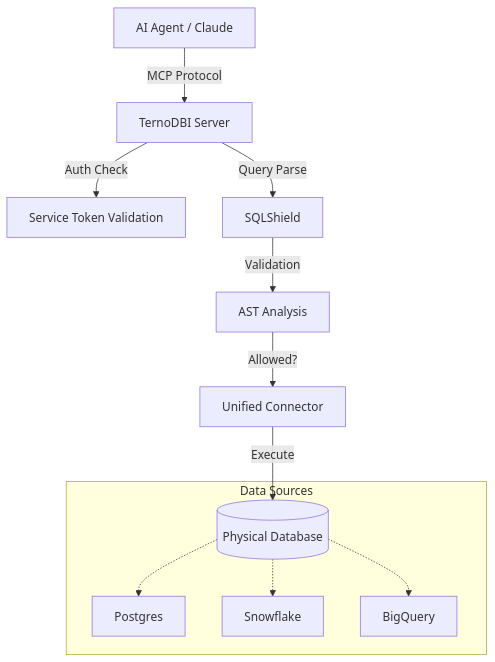
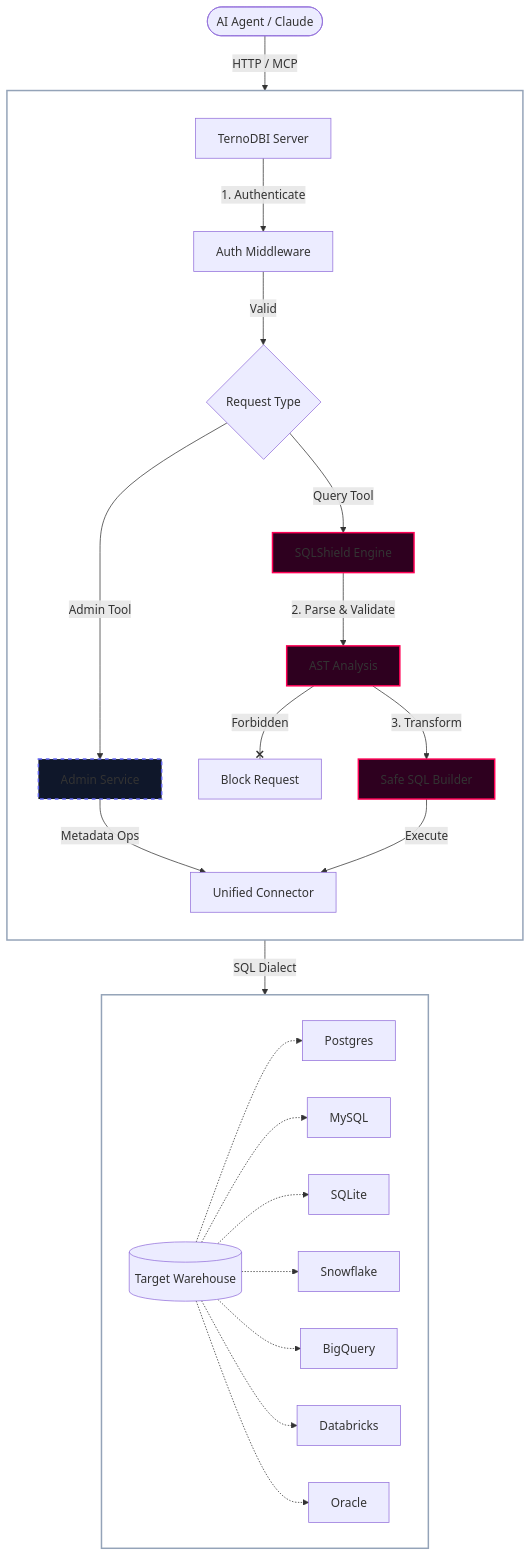
Before and after one commit to terno-ai/ternodbi: the diagram in docs/architecture.md, drawn with Mermaid. The commit also changed other lines of this file and 2 other files, not shown here.

Commit message:
refactor: Update architecture and security documentation; enhance CSS for code blocks and cards

````diff
--- a/docs/architecture.md
+++ b/docs/architecture.md
@@ -7,15 +7,43 @@
 ```mermaid
 graph TD
-    Agent[AI Agent / Claude] -->|MCP Protocol| DBI[TernoDBI Server]
-    DBI -->|Auth Check| Token[Service Token Validation]
-    DBI -->|Query Parse| Shield[SQLShield]
-    Shield -->|Validation| AST[AST Analysis]
-    AST -->|Allowed?| Connector[Unified Connector]
-    Connector -->|Execute| DB[(Physical Database)]
+    User([AI Agent / Claude]) -->|HTTP / MCP| Server[TernoDBI Server]
+
+    subgraph Pipeline[" "]
+        direction TB
+        Server -->|1. Authenticate| Auth[Auth Middleware]
+        Auth -->|Valid| Router{Request Type}
+        
+        %% Admin Path (Bypasses Shield)
+        Router -->|Admin Tool| Admin[Admin Service]
+        Admin -->|Metadata Ops| Connect[Unified Connector]
+
+        %% Query Path (Protected)
+        Router -->|Query Tool| Shield[SQLShield Engine]
+        Shield -->|2. Parse & Validate| AST[AST Analysis]
+        AST --x|Forbidden| Error[Block Request]
+        AST -->|3. Transform| SafeQuery[Safe SQL Builder]
+        SafeQuery -->|Execute| Connect
+    end
+
+    Connect -->|SQL Dialect| DB[(Target Warehouse)]
     
-    subgraph Data Sources
-        DB -.-> Postgres
-        DB -.-> Snowflake
-        DB -.-> BigQuery
+    subgraph Backends[" "]
+        direction LR
+        DB -.-> PG[Postgres]
+        DB -.-> MySQL[MySQL]
+        DB -.-> SQ[SQLite]
+        DB -.-> Snow[Snowflake]
+        DB -.-> BQ[BigQuery]
+        DB -.-> DBX[Databricks]
+        DB -.-> Ora[Oracle]
     end
+    
+    %% Styling
+    classDef protective fill:#2e001f,stroke:#ff0055,stroke-width:2px;
+    classDef admin fill:#0f172a,stroke:#6366f1,stroke-width:2px,stroke-dasharray: 5 5;
+    classDef container fill:transparent,stroke:#94a3b8,stroke-width:2px,color:#fff;
+    
+    class Shield,AST,SafeQuery protective;
+    class Admin admin;
+    class Pipeline,Backends container;
 ```
````
